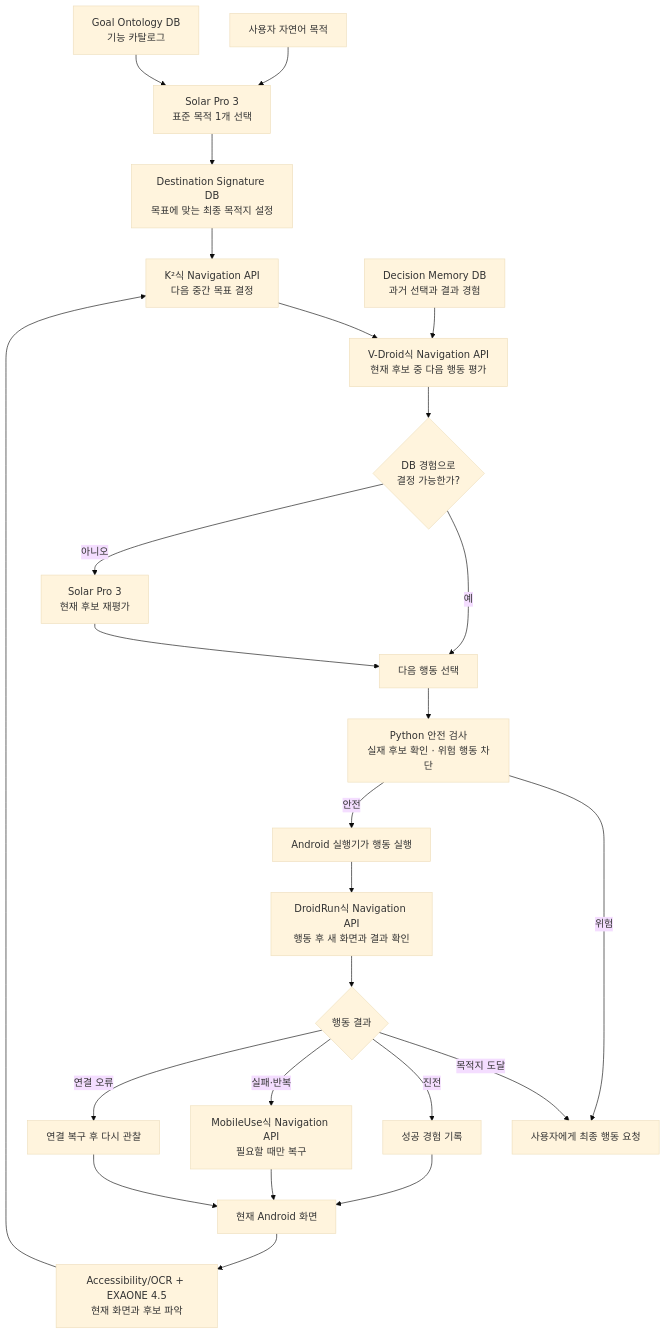
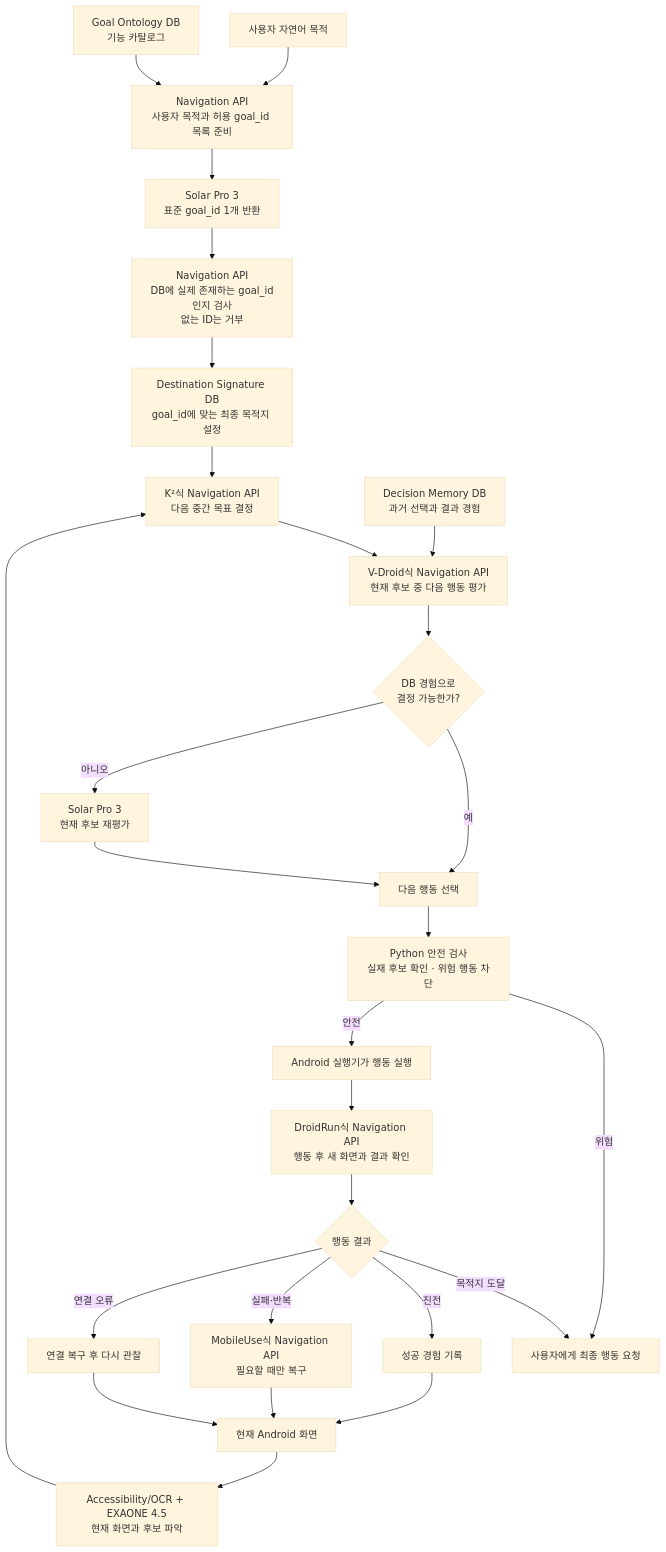
Before and after one commit to Sheep-gun/exitguide-navigation: the diagram in README.md, drawn with Mermaid (base theme). The commit also changed other lines of this file and 1 other file, not shown here.

Commit message:
Clarify goal ID validation flow [skip ci]

````diff
--- a/README.md
+++ b/README.md
@@ -38,31 +38,33 @@
 ```mermaid
 flowchart TD
-    USER["사용자 자연어 목적"] --> GOAL["Solar Pro 3<br/>표준 목적 1개 선택"]
-    GOAL_DB["Goal Ontology DB<br/>기능 카탈로그"] --> GOAL
-    GOAL --> DEST["Destination Signature DB<br/>목표에 맞는 최종 목적지 설정"]
+    USER["사용자 자연어 목적"] --> GOAL_INPUT["Navigation API<br/>사용자 목적과 허용 goal_id 목록 준비"]
+    GOAL_DB["Goal Ontology DB<br/>기능 카탈로그"] --> GOAL_INPUT
+    GOAL_INPUT --> GOAL["Solar Pro 3<br/>표준 goal_id 1개 반환"]
+    GOAL --> GOAL_CHECK["Navigation API<br/>DB에 실제 존재하는 goal_id인지 검사<br/>없는 ID는 거부"]
+    GOAL_CHECK --> DEST["Destination Signature DB<br/>goal_id에 맞는 최종 목적지 설정"]
 
     SCREEN["현재 Android 화면"] --> VIEW["Accessibility/OCR + EXAONE 4.5<br/>현재 화면과 후보 파악"]
     DEST --> K2["K²식 Navigation API<br/>다음 중간 목표 결정"]
     VIEW --> K2
 
     K2 --> VDROID["V-Droid식 Navigation API<br/>현재 후보 중 다음 행동 평가"]
     MEMORY["Decision Memory DB<br/>과거 선택과 결과 경험"] --> VDROID
     VDROID --> CLEAR{"DB 경험으로<br/>결정 가능한가?"}
     CLEAR -->|"예"| CHOOSE["다음 행동 선택"]
     CLEAR -->|"아니오"| SOLAR["Solar Pro 3<br/>현재 후보 재평가"]
     SOLAR --> CHOOSE
 
     CHOOSE --> SAFE["Python 안전 검사<br/>실재 후보 확인 · 위험 행동 차단"]
     SAFE -->|"위험"| STOP["사용자에게 최종 행동 요청"]
     SAFE -->|"안전"| EXECUTE["Android 실행기가 행동 실행"]
 
     EXECUTE --> VERIFY["DroidRun식 Navigation API<br/>행동 후 새 화면과 결과 확인"]
     VERIFY --> RESULT{"행동 결과"}
     RESULT -->|"목적지 도달"| STOP
     RESULT -->|"진전"| RECORD["성공 경험 기록"]
     RECORD --> SCREEN
     RESULT -->|"실패·반복"| RECOVERY["MobileUse식 Navigation API<br/>필요할 때만 복구"]
     RECOVERY --> SCREEN
     RESULT -->|"연결 오류"| WAIT["연결 복구 후 다시 관찰"]
     WAIT --> SCREEN
 ```
````
